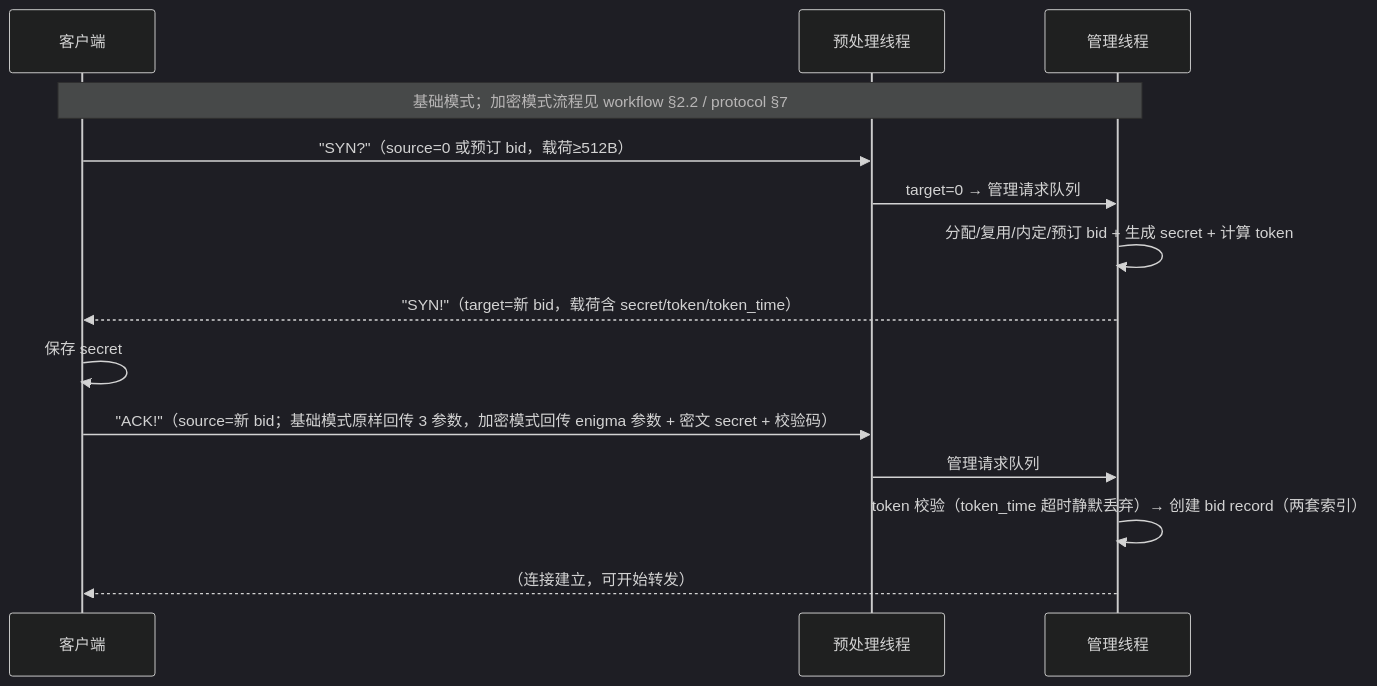
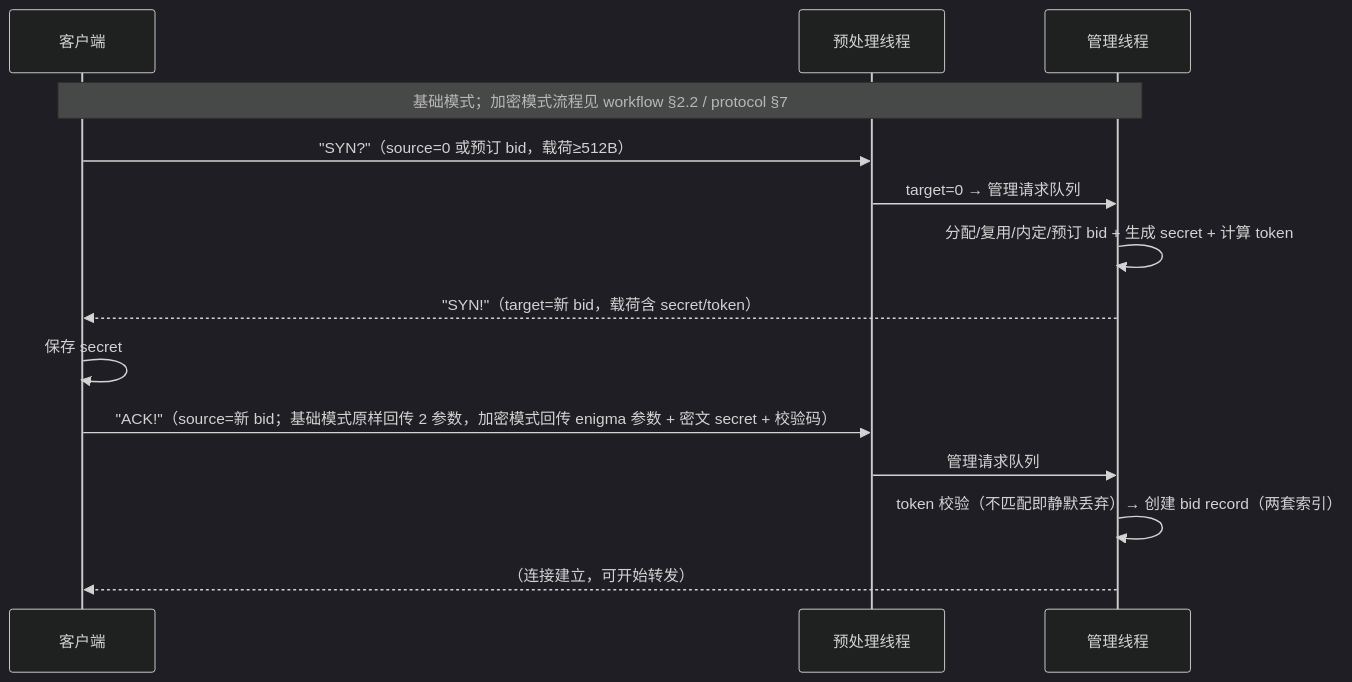
The second of 3 diagrams in docs/architecture.md (moky/magpie), drawn with Mermaid (dark theme) before and after one commit. The commit also changed other lines of this file and 22 other files, not shown here.

````diff
--- a/docs/architecture.md
+++ b/docs/architecture.md
@@ -208,17 +207,17 @@
 ```mermaid
 sequenceDiagram
     participant C as 客户端
     participant P as 预处理线程
     participant M as 管理线程
 
     Note over C,M: 基础模式；加密模式流程见 workflow §2.2 / protocol §7
     C->>P: "SYN?"（source=0 或预订 bid，载荷≥512B）
     P->>M: target=0 → 管理请求队列
     M->>M: 分配/复用/内定/预订 bid + 生成 secret + 计算 token
-    M-->>C: "SYN!"（target=新 bid，载荷含 secret/token/token_time）
+    M-->>C: "SYN!"（target=新 bid，载荷含 secret/token）
     C->>C: 保存 secret
-    C->>P: "ACK!"（source=新 bid；基础模式原样回传 3 参数，加密模式回传 enigma 参数 + 密文 secret + 校验码）
+    C->>P: "ACK!"（source=新 bid；基础模式原样回传 2 参数，加密模式回传 enigma 参数 + 密文 secret + 校验码）
     P->>M: 管理请求队列
-    M->>M: token 校验（token_time 超时静默丢弃）→ 创建 bid record（两套索引）
+    M->>M: token 校验（不匹配即静默丢弃）→ 创建 bid record（两套索引）
     M-->>C: （连接建立，可开始转发）
 ```
````
